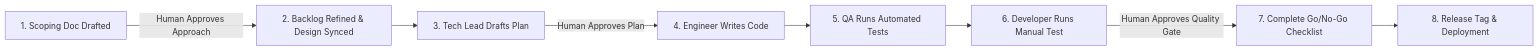
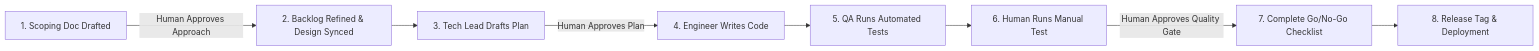
The diagram in docs/PM/AI_Scrum_Governance_Whitepaper.md (tinhct/archi-check), drawn with Mermaid before and after one commit.

````diff
--- a/docs/PM/AI_Scrum_Governance_Whitepaper.md
+++ b/docs/PM/AI_Scrum_Governance_Whitepaper.md
@@ -112,10 +112,10 @@
 ```mermaid
 flowchart LR
     Scoping[1. Scoping Doc Drafted] -->|Human Approves Approach| Intake[2. Backlog Refined & Design Synced]
     Intake --> Plan[3. Tech Lead Drafts Plan]
     Plan -->|Human Approves Plan| Code[4. Engineer Writes Code]
     Code --> Test[5. QA Runs Automated Tests]
-    Test --> Manual[6. Developer Runs Manual Test]
+    Test --> Manual[6. Human Runs Manual Test]
     Manual -->|Human Approves Quality Gate| GoNoGo[7. Complete Go/No-Go Checklist]
     GoNoGo --> Release[8. Release Tag & Deployment]
 ```
````
